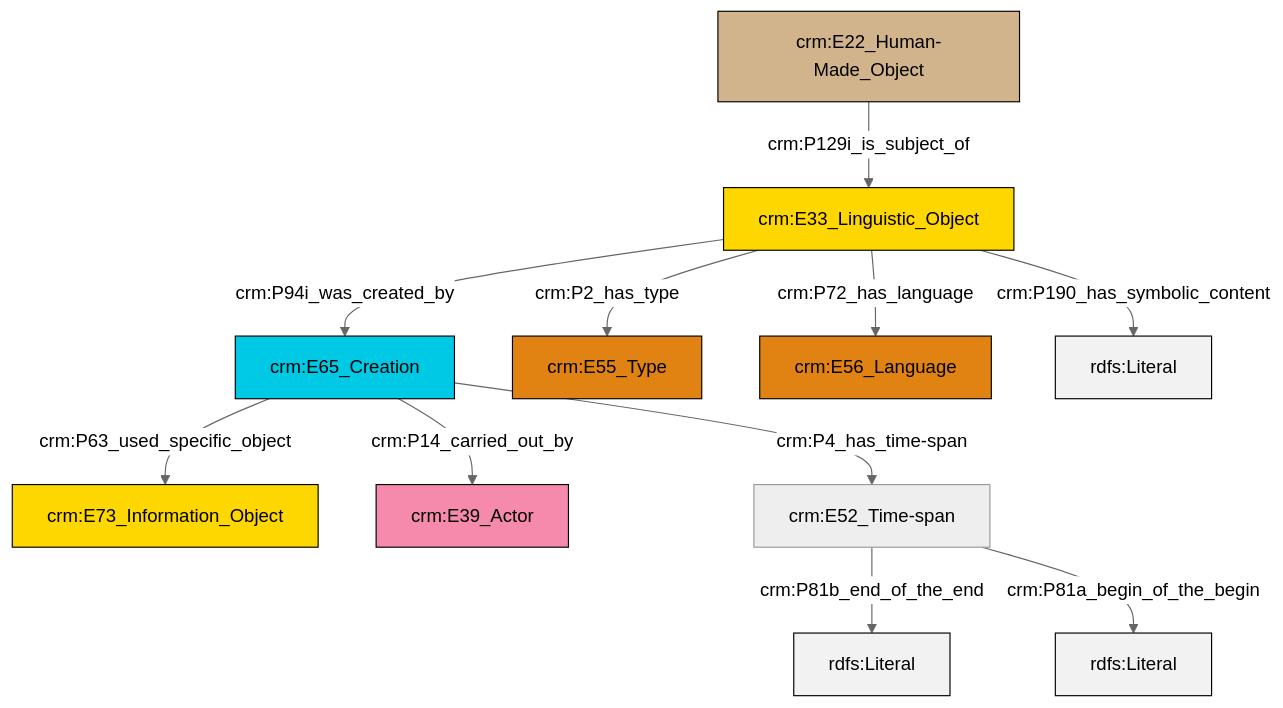
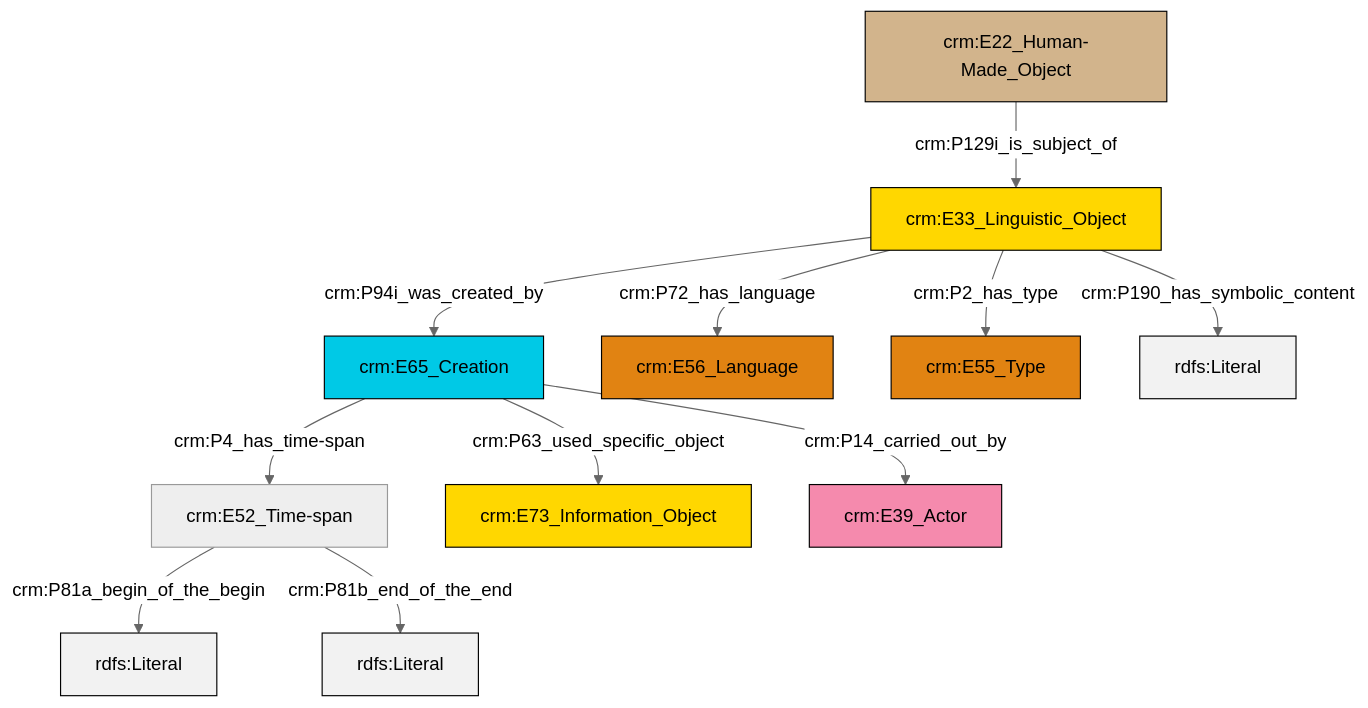
Before and after one commit to swiss-art-research-net/docs.swissartresearch: the diagram in et/carrierCSV/ttl/mmd/carrier_description.ttl.mmd, drawn with Mermaid (neutral theme). The commit also changed 176 other files, not shown here.

```diff
--- a/et/carrierCSV/ttl/mmd/carrier_description.ttl.mmd
+++ b/et/carrierCSV/ttl/mmd/carrier_description.ttl.mmd
@@ -1,25 +1,25 @@
 graph TD
 classDef Literal fill:#f2f2f2,stroke:#000000;
 classDef CRM_Entity fill:#FFFFFF,stroke:#000000;
 classDef Temporal_Entity fill:#00C9E6, stroke:#000000;
 classDef Type fill:#E18312, stroke:#000000;
 classDef Time-Span fill:#2C9C91, stroke:#000000;
 classDef Appellation fill:#FFEB7F, stroke:#000000;
 classDef Place fill:#008836, stroke:#000000;
 classDef Persistent_Item fill:#B266B2, stroke:#000000;
 classDef Conceptual_Object fill:#FFD700, stroke:#000000;
 classDef Physical_Thing fill:#D2B48C, stroke:#000000;
 classDef Actor fill:#f58aad, stroke:#000000;
 classDef PC_Classes fill:#4ce600, stroke:#000000;
 classDef Multi fill:#cccccc,stroke:#000000;
 
-2["crm:E65_Creation"]:::Temporal_Entity -->|crm:P14_carried_out_by| 4["crm:E39_Actor"]:::Actor
-2["crm:E65_Creation"]:::Temporal_Entity -->|crm:P4_has_time-span| 5["crm:E52_Time-span"]:::Default
-9["crm:E33_Linguistic_Object"]:::Conceptual_Object -->|crm:P2_has_type| 7["crm:E55_Type"]:::Type
-11["crm:E22_Human-Made_Object"]:::Physical_Thing -->|crm:P129i_is_subject_of| 9["crm:E33_Linguistic_Object"]:::Conceptual_Object
-5["crm:E52_Time-span"]:::Default -->|crm:P81b_end_of_the_end| 12[rdfs:Literal]:::Literal
-5["crm:E52_Time-span"]:::Default -->|crm:P81a_begin_of_the_begin| 15[rdfs:Literal]:::Literal
-2["crm:E65_Creation"]:::Temporal_Entity -->|crm:P63_used_specific_object| 0["crm:E73_Information_Object"]:::Conceptual_Object
-9["crm:E33_Linguistic_Object"]:::Conceptual_Object -->|crm:P190_has_symbolic_content| 16[rdfs:Literal]:::Literal
-9["crm:E33_Linguistic_Object"]:::Conceptual_Object -->|crm:P72_has_language| 13["crm:E56_Language"]:::Type
-9["crm:E33_Linguistic_Object"]:::Conceptual_Object -->|crm:P94i_was_created_by| 2["crm:E65_Creation"]:::Temporal_Entity
+2["crm:E33_Linguistic_Object"]:::Conceptual_Object -->|crm:P94i_was_created_by| 3["crm:E65_Creation"]:::Temporal_Entity
+6["crm:E52_Time-span"]:::Default -->|crm:P81a_begin_of_the_begin| 7[rdfs:Literal]:::Literal
+2["crm:E33_Linguistic_Object"]:::Conceptual_Object -->|crm:P2_has_type| 9["crm:E55_Type"]:::Type
+3["crm:E65_Creation"]:::Temporal_Entity -->|crm:P63_used_specific_object| 10["crm:E73_Information_Object"]:::Conceptual_Object
+3["crm:E65_Creation"]:::Temporal_Entity -->|crm:P14_carried_out_by| 11["crm:E39_Actor"]:::Actor
+2["crm:E33_Linguistic_Object"]:::Conceptual_Object -->|crm:P72_has_language| 4["crm:E56_Language"]:::Type
+6["crm:E52_Time-span"]:::Default -->|crm:P81b_end_of_the_end| 12[rdfs:Literal]:::Literal
+2["crm:E33_Linguistic_Object"]:::Conceptual_Object -->|crm:P190_has_symbolic_content| 13[rdfs:Literal]:::Literal
+3["crm:E65_Creation"]:::Temporal_Entity -->|crm:P4_has_time-span| 6["crm:E52_Time-span"]:::Default
+0["crm:E22_Human-Made_Object"]:::Physical_Thing -->|crm:P129i_is_subject_of| 2["crm:E33_Linguistic_Object"]:::Conceptual_Object
```
